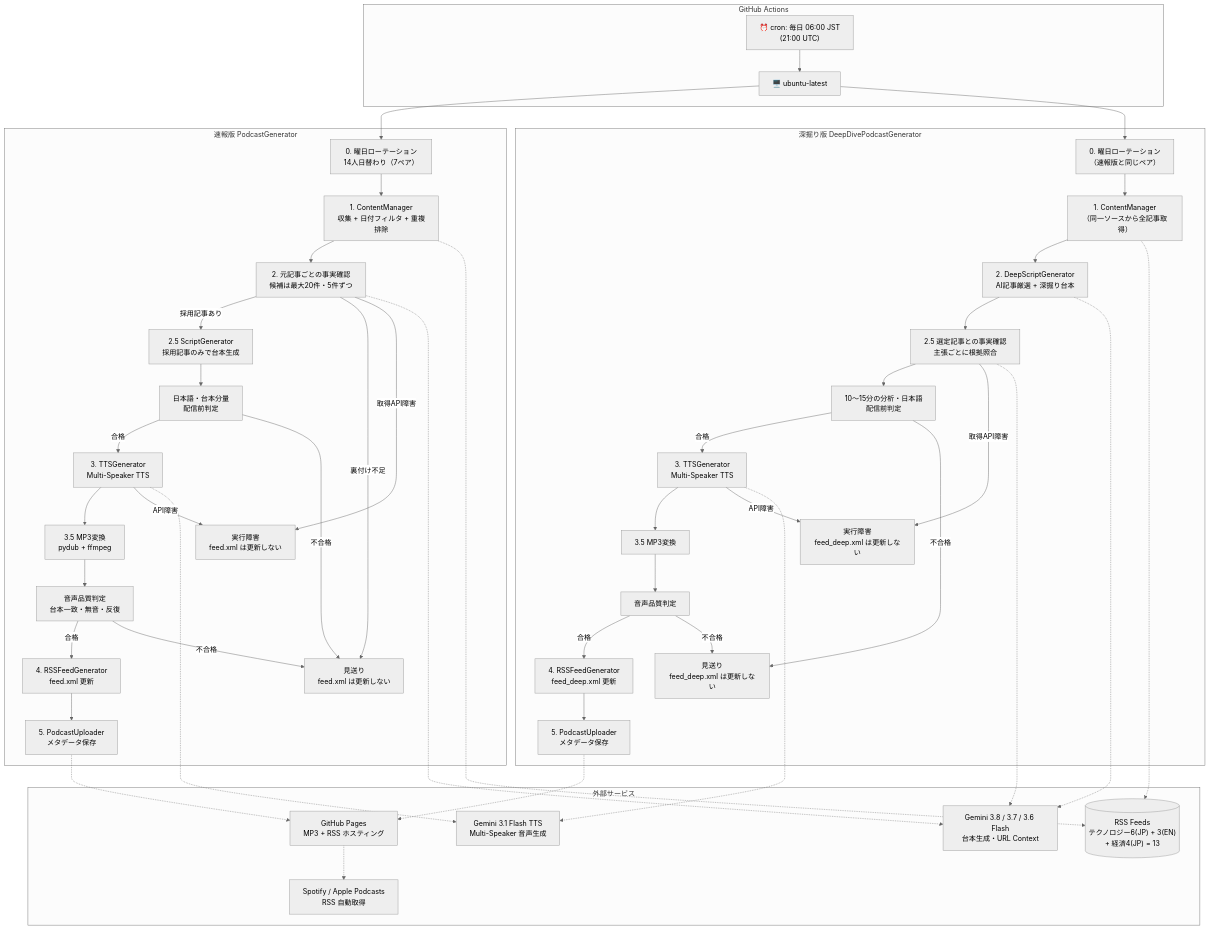
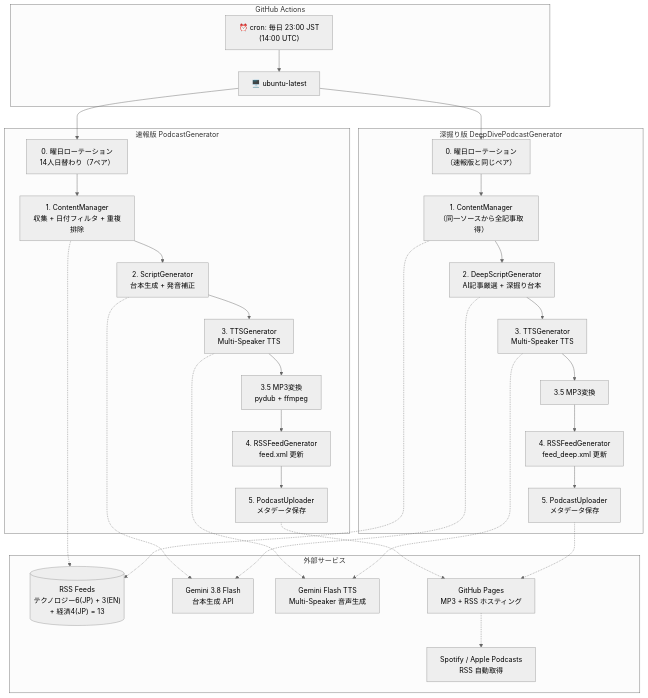
Before and after one commit to necoha/auto-podcast: the first of 4 diagrams in docs/HLD.md, drawn with Mermaid (neutral theme). The commit also changed other lines of this file and 25 other files, not shown here.

Commit message:
Restore pre-URL Context flow with configurable Gemini models

````diff
--- a/docs/HLD.md
+++ b/docs/HLD.md
@@ -12,77 +10,52 @@
 ```mermaid
 flowchart TD
     subgraph CI["GitHub Actions"]
-        Cron["⏰ cron: 毎日 06:00 JST<br/>(21:00 UTC)"]
+        Cron["⏰ cron: 毎日 23:00 JST<br/>(14:00 UTC)"]
         Runner["🖥️ ubuntu-latest"]
     end
 
     subgraph Speed["速報版 PodcastGenerator"]
         ROT["0. 曜日ローテーション<br/>14人日替わり（7ペア）"]
         CM["1. ContentManager<br/>収集 + 日付フィルタ + 重複排除"]
-        SR["2. 元記事ごとの事実確認<br/>候補は最大20件・5件ずつ"]
-        GATE["日本語・台本分量<br/>配信前判定"]
-        SG["2.5 ScriptGenerator<br/>採用記事のみで台本生成"]
+        SG["2. ScriptGenerator<br/>台本生成 + 発音補正"]
         TTS["3. TTSGenerator<br/>Multi-Speaker TTS"]
         MP3["3.5 MP3変換<br/>pydub + ffmpeg"]
-        AUDIO["音声品質判定<br/>台本一致・無音・反復"]
         RGEN["4. RSSFeedGenerator<br/>feed.xml 更新"]
         UP["5. PodcastUploader<br/>メタデータ保存"]
-        SKIP["見送り<br/>feed.xml は更新しない"]
-        FAIL["実行障害<br/>feed.xml は更新しない"]
     end
 
     subgraph Deep["深掘り版 DeepDivePodcastGenerator"]
         ROT2["0. 曜日ローテーション<br/>（速報版と同じペア）"]
         CM2["1. ContentManager<br/>（同一ソースから全記事取得）"]
         DSG["2. DeepScriptGenerator<br/>AI記事厳選 + 深掘り台本"]
-        SR2["2.5 選定記事との事実確認<br/>主張ごとに根拠照合"]
-        GATE2["10〜15分の分析・日本語<br/>配信前判定"]
         TTS2["3. TTSGenerator<br/>Multi-Speaker TTS"]
         MP3_2["3.5 MP3変換"]
-        AUDIO2["音声品質判定"]
         RGEN2["4. RSSFeedGenerator<br/>feed_deep.xml 更新"]
         UP2["5. PodcastUploader<br/>メタデータ保存"]
-        SKIP2["見送り<br/>feed_deep.xml は更新しない"]
-        FAIL2["実行障害<br/>feed_deep.xml は更新しない"]
     end
 
     subgraph External["外部サービス"]
         RSS[("RSS Feeds<br/>テクノロジー6(JP) + 3(EN)<br/>+ 経済4(JP) = 13")]
-        GeminiLLM["Gemini 3.8 / 3.7 / 3.6 Flash<br/>台本生成・URL Context"]
-        GeminiTTS["Gemini 3.1 Flash TTS<br/>Multi-Speaker 音声生成"]
+        GeminiLLM["Gemini 3.8 Flash<br/>台本生成 API"]
+        GeminiTTS["Gemini Flash TTS<br/>Multi-Speaker 音声生成"]
         GHP["GitHub Pages<br/>MP3 + RSS ホスティング"]
         Spotify["Spotify / Apple Podcasts<br/>RSS 自動取得"]
     end
 
     Cron --> Runner
     Runner --> ROT --> CM
-    CM --> SR
-    SR -->|採用記事あり| SG --> GATE
-    SR -->|裏付け不足| SKIP
-    SR -->|取得API障害| FAIL
-    GATE -->|合格| TTS --> MP3 --> AUDIO
-    GATE -->|不合格| SKIP
-    TTS -->|API障害| FAIL
-    AUDIO -->|合格| RGEN --> UP
-    AUDIO -->|不合格| SKIP
+    CM --> SG --> TTS --> MP3 --> RGEN --> UP
 
     Runner --> ROT2 --> CM2
-    CM2 --> DSG --> SR2 --> GATE2
-    GATE2 -->|合格| TTS2 --> MP3_2 --> AUDIO2
-    GATE2 -->|不合格| SKIP2
-    SR2 -->|取得API障害| FAIL2
-    TTS2 -->|API障害| FAIL2
-    AUDIO2 -->|合格| RGEN2 --> UP2
-    AUDIO2 -->|不合格| SKIP2
+    CM2 --> DSG --> TTS2 --> MP3_2 --> RGEN2 --> UP2
 
     CM -.-> RSS
     CM2 -.-> RSS
-    SR -.-> GeminiLLM
+    SG -.-> GeminiLLM
     DSG -.-> GeminiLLM
-    SR2 -.-> GeminiLLM
     TTS -.-> GeminiTTS
     TTS2 -.-> GeminiTTS
     UP -.-> GHP
     UP2 -.-> GHP
     GHP -.-> Spotify
 ```
````
